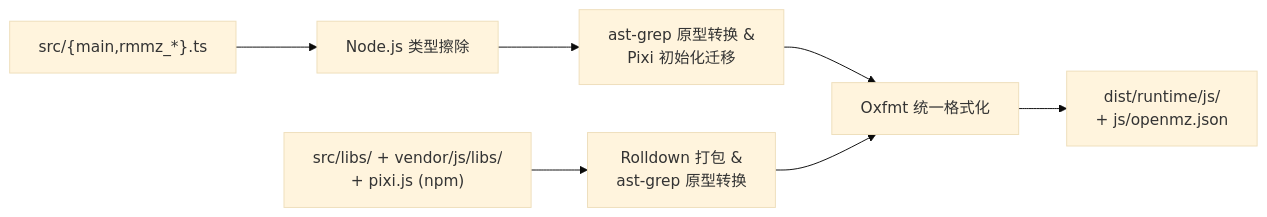
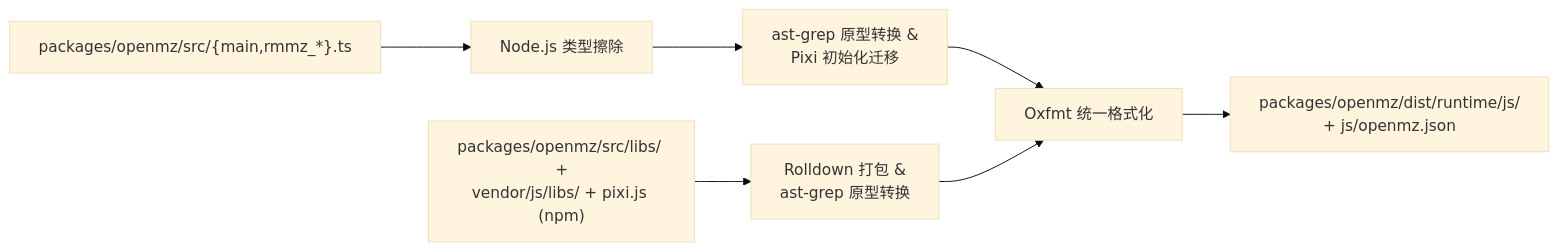
One commit to enpitsuLin/openmz changed the diagram in README.md. Above: the diagram before and after it, drawn with Mermaid (base theme). The commit also changed other lines of this file and 124 other files, not shown here.

````diff
--- a/README.md
+++ b/README.md
@@ -64,9 +64,9 @@
 ```mermaid
 flowchart LR
-  A["src/{main,rmmz_*}.ts"] --> B["Node.js 类型擦除"]
+  A["packages/openmz/src/{main,rmmz_*}.ts"] --> B["Node.js 类型擦除"]
   B --> C["ast-grep 原型转换 &<br/>Pixi 初始化迁移"]
-  D["src/libs/ + vendor/js/libs/<br/>+ pixi.js (npm)"] --> E["Rolldown 打包 &<br/>ast-grep 原型转换"]
+  D["packages/openmz/src/libs/ +<br/>vendor/js/libs/ + pixi.js (npm)"] --> E["Rolldown 打包 &<br/>ast-grep 原型转换"]
   C --> F["Oxfmt 统一格式化"]
   E --> F
-  F --> G["dist/runtime/js/<br/>+ js/openmz.json"]
+  F --> G["packages/openmz/dist/runtime/js/<br/>+ js/openmz.json"]
 ```
````
